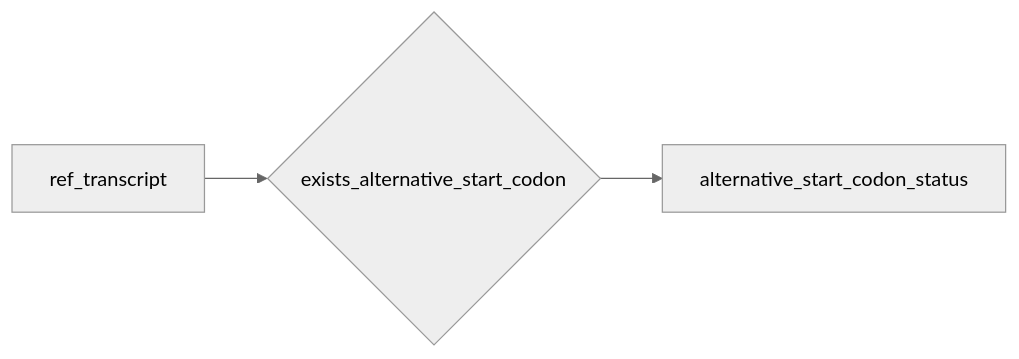
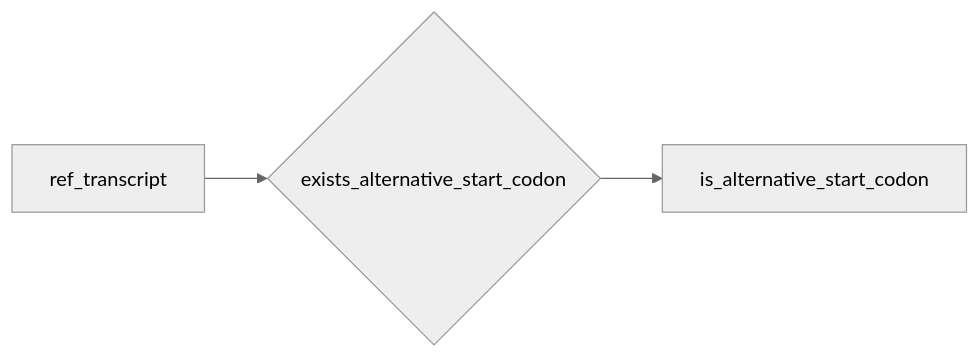
One commit to akatzke/HerediClassify changed diagram 18 of 30 in Software_design/Mermaid.org. Above: the diagram before and after it, drawn with Mermaid (neutral theme). The commit also changed other lines of this file and 8 other files, not shown here.

```diff
--- a/Software_design/Mermaid.org
+++ b/Software_design/Mermaid.org
@@ -272,5 +336,5 @@
 #+begin_src mermaid :file pvs1_exists_alternative_start_codon.png
 flowchart LR
-   fasc{exists_alternative_start_codon} --> alternative_start_codon_status
+   fasc{exists_alternative_start_codon} --> is_alternative_start_codon
    ref_transcript --> fasc
 #+end_src
```
